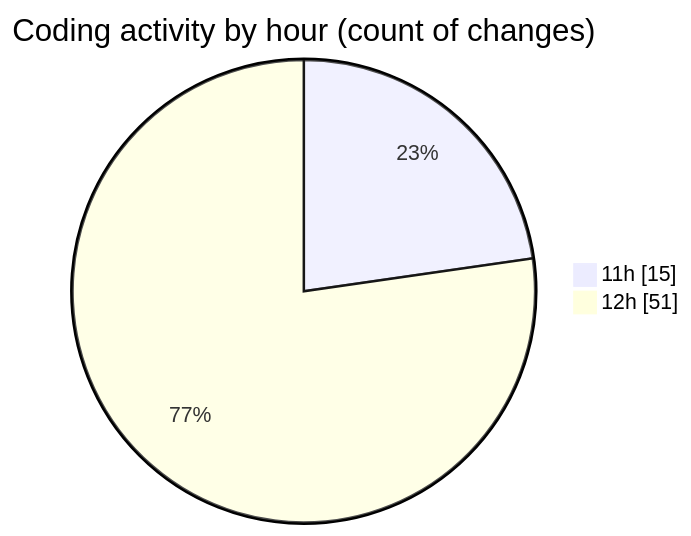
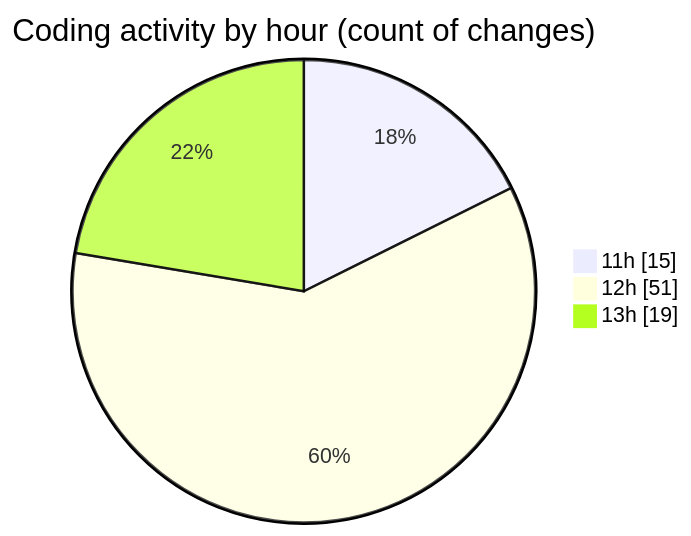
One commit to nxtqubesakshisongat/code-tracking changed the second of 2 diagrams in 2025-04-15/nxtqube_webapp/README.md. Above: the diagram before and after it, drawn with Mermaid. The commit also changed other lines of this file and 1 other file, not shown here.

````diff
--- a/2025-04-15/nxtqube_webapp/README.md
+++ b/2025-04-15/nxtqube_webapp/README.md
@@ -35,6 +36,7 @@
 ```mermaid
 pie showData
 title Coding activity by hour (count of changes)
 "11h" : 15
 "12h" : 51
+"13h" : 19
 ```
````
